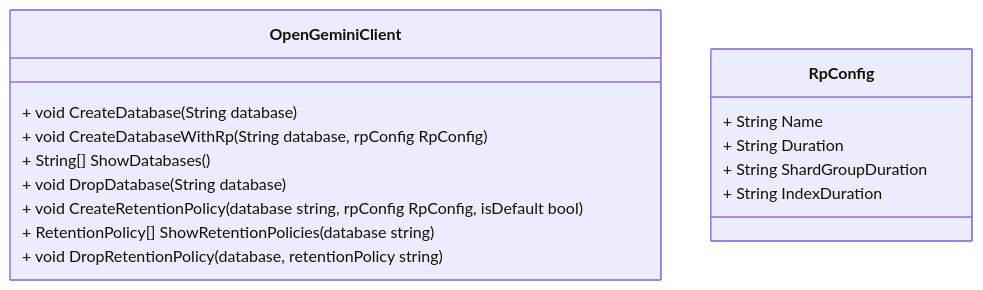
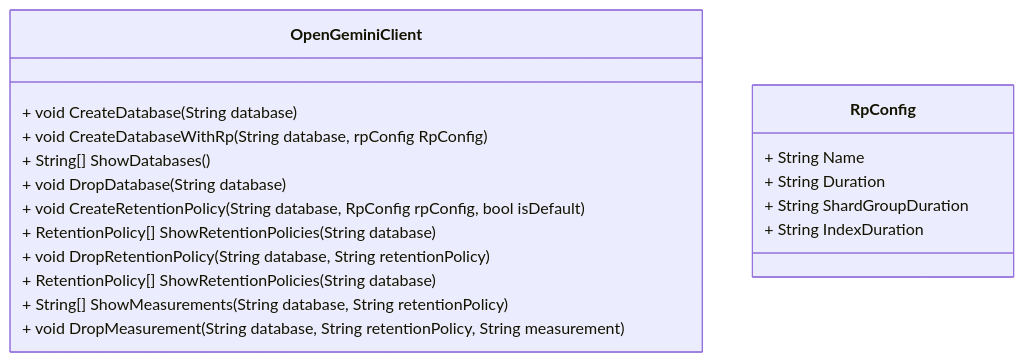
One commit to openGemini/openGemini.github.io changed the second of 8 diagrams in src/guide/develop/client_design.md. Above: the diagram before and after it, drawn with Mermaid. The commit also changed 1 other file, not shown here.

Commit message:
feat: add measurements api design

````diff
--- a/src/guide/develop/client_design.md
+++ b/src/guide/develop/client_design.md
@@ -59,18 +59,21 @@
 ```mermaid
 classDiagram
     class OpenGeminiClient {
         + void CreateDatabase(String database)
         + void CreateDatabaseWithRp(String database, rpConfig RpConfig)
         + String[] ShowDatabases()
         + void DropDatabase(String database)
-        + void CreateRetentionPolicy(database string, rpConfig RpConfig, isDefault bool)
-        + RetentionPolicy[] ShowRetentionPolicies(database string)
-        + void DropRetentionPolicy(database, retentionPolicy string)
+        + void CreateRetentionPolicy(String database, RpConfig rpConfig, bool isDefault)
+        + RetentionPolicy[] ShowRetentionPolicies(String database)
+        + void DropRetentionPolicy(String database, String retentionPolicy)
+        + RetentionPolicy[] ShowRetentionPolicies(String database)
+        + String[] ShowMeasurements(String database, String retentionPolicy)
+        + void DropMeasurement(String database, String retentionPolicy, String measurement)
     }
     class RpConfig {
         + String Name
         + String Duration
         + String ShardGroupDuration
         + String IndexDuration
     }
 ```
````
